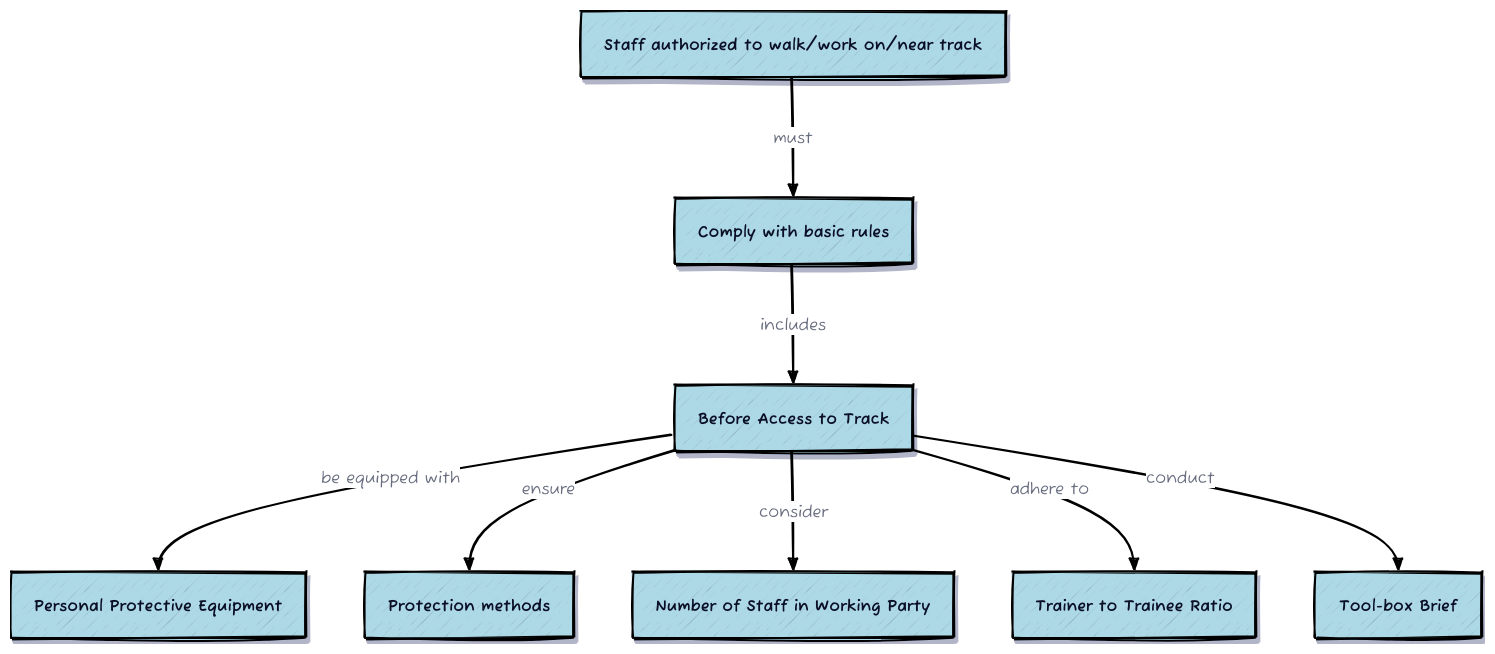
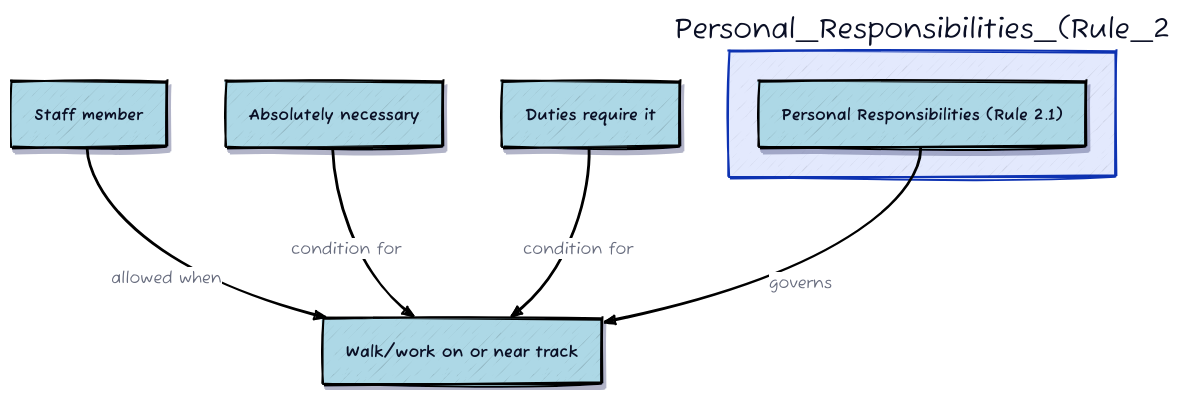
One commit to fangyuan-ksgk/process-supervision changed the diagram in database/evaluation/images/whenisastaffmemberallowedtowalkworkonornearthetrac.d2. Above: the diagram before and after it, drawn with D2. The commit also changed 5 other files, not shown here.

```diff
--- a/database/evaluation/images/whenisastaffmemberallowedtowalkworkonornearthetrac.d2
+++ b/database/evaluation/images/whenisastaffmemberallowedtowalkworkonornearthetrac.d2
@@ -1,139 +1,91 @@
 
 vars: {
   d2-config: {
     sketch: true
   }
 }
 classes: {
   process: {
     label: ""
     shape: rectangle
     style: {
       fill: lightblue
       shadow: true
     }
   }
 }
 
-Staff_authorized_to_walk/work_on/near_track.class: process
-Staff_authorized_to_walk/work_on/near_track.label: "Staff authorized to walk/work on/near track"
-Staff_authorized_to_walk/work_on/near_track: {
+Staff_member.class: process
+Staff_member.label: "Staff member"
+Staff_member: {
   style: {
     opacity: 1
     stroke: "black"
     stroke-width: 2
     shadow: true
   }
 }
-Comply_with_basic_rules.class: process
-Comply_with_basic_rules.label: "Comply with basic rules"
-Comply_with_basic_rules: {
+Walk/work_on_or_near_track.class: process
+Walk/work_on_or_near_track.label: "Walk/work on or near track"
+Walk/work_on_or_near_track: {
   style: {
     opacity: 1
     stroke: "black"
     stroke-width: 2
     shadow: true
   }
 }
-Before_Access_to_Track.class: process
-Before_Access_to_Track.label: "Before Access to Track"
-Before_Access_to_Track: {
+Absolutely_necessary.class: process
+Absolutely_necessary.label: "Absolutely necessary"
+Absolutely_necessary: {
   style: {
     opacity: 1
     stroke: "black"
     stroke-width: 2
     shadow: true
   }
 }
-Personal_Protective_Equipment.class: process
-Personal_Protective_Equipment.label: "Personal Protective Equipment"
-Personal_Protective_Equipment: {
+Duties_require_it.class: process
+Duties_require_it.label: "Duties require it"
+Duties_require_it: {
   style: {
     opacity: 1
     stroke: "black"
     stroke-width: 2
     shadow: true
   }
 }
-Protection_methods.class: process
-Protection_methods.label: "Protection methods"
-Protection_methods: {
+Personal_Responsibilities_(Rule_2.1).class: process
+Personal_Responsibilities_(Rule_2.1).label: "Personal Responsibilities (Rule 2.1)"
+Personal_Responsibilities_(Rule_2.1): {
   style: {
     opacity: 1
     stroke: "black"
     stroke-width: 2
     shadow: true
   }
 }
-Number_of_Staff_in_Working_Party.class: process
-Number_of_Staff_in_Working_Party.label: "Number of Staff in Working Party"
-Number_of_Staff_in_Working_Party: {
-  style: {
-    opacity: 1
-    stroke: "black"
-    stroke-width: 2
-    shadow: true
-  }
-}
-Trainer_to_Trainee_Ratio.class: process
-Trainer_to_Trainee_Ratio.label: "Trainer to Trainee Ratio"
-Trainer_to_Trainee_Ratio: {
-  style: {
-    opacity: 1
-    stroke: "black"
-    stroke-width: 2
-    shadow: true
-  }
-}
-Tool-box_Brief.class: process
-Tool-box_Brief.label: "Tool-box Brief"
-Tool-box_Brief: {
-  style: {
-    opacity: 1
-    stroke: "black"
-    stroke-width: 2
-    shadow: true
-  }
-}
-Staff_authorized_to_walk/work_on/near_track -> Comply_with_basic_rules: {
-  label: "must"
+Staff_member -> Walk/work_on_or_near_track: {
+  label: "allowed when"
   style.stroke: black
   style.opacity: 1
   style.stroke-width: 2
 }
-Comply_with_basic_rules -> Before_Access_to_Track: {
-  label: "includes"
+Absolutely_necessary -> Walk/work_on_or_near_track: {
+  label: "condition for"
   style.stroke: black
   style.opacity: 1
   style.stroke-width: 2
 }
-Before_Access_to_Track -> Personal_Protective_Equipment: {
-  label: "be equipped with"
+Duties_require_it -> Walk/work_on_or_near_track: {
+  label: "condition for"
   style.stroke: black
   style.opacity: 1
   style.stroke-width: 2
 }
-Before_Access_to_Track -> Protection_methods: {
-  label: "ensure"
+Personal_Responsibilities_(Rule_2.1) -> Walk/work_on_or_near_track: {
+  label: "governs"
   style.stroke: black
   style.opacity: 1
   style.stroke-width: 2
 }
-Before_Access_to_Track -> Number_of_Staff_in_Working_Party: {
-  label: "consider"
-  style.stroke: black
-  style.opacity: 1
-  style.stroke-width: 2
-}
-Before_Access_to_Track -> Trainer_to_Trainee_Ratio: {
-  label: "adhere to"
-  style.stroke: black
-  style.opacity: 1
-  style.stroke-width: 2
-}
-Before_Access_to_Track -> Tool-box_Brief: {
-  label: "conduct"
-  style.stroke: black
-  style.opacity: 1
-  style.stroke-width: 2
-}
```
